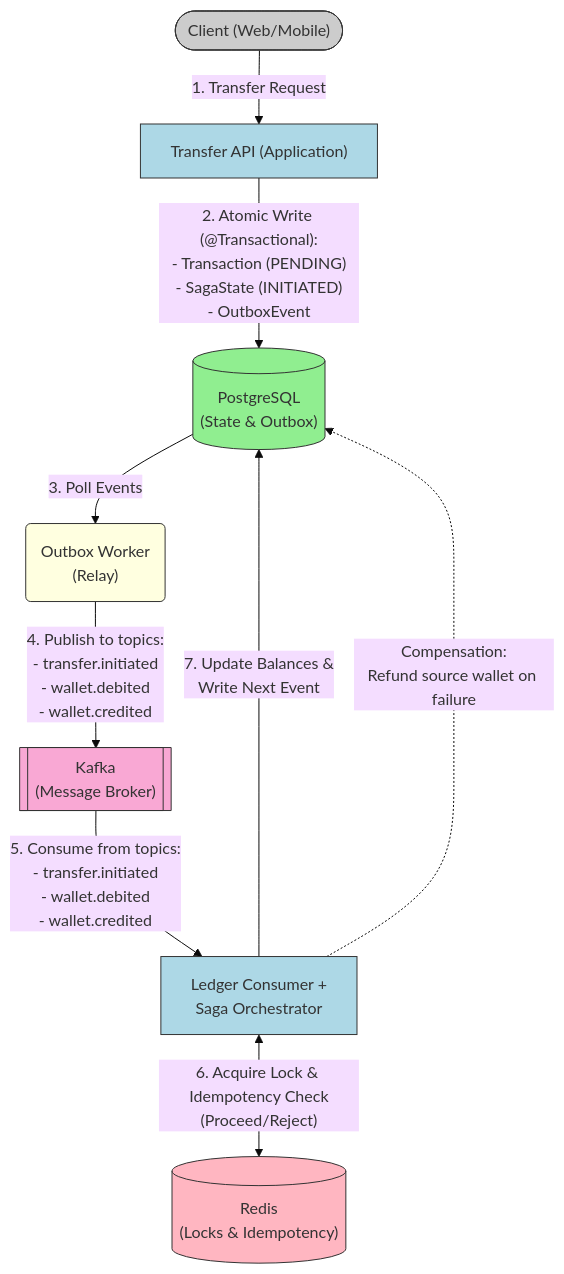
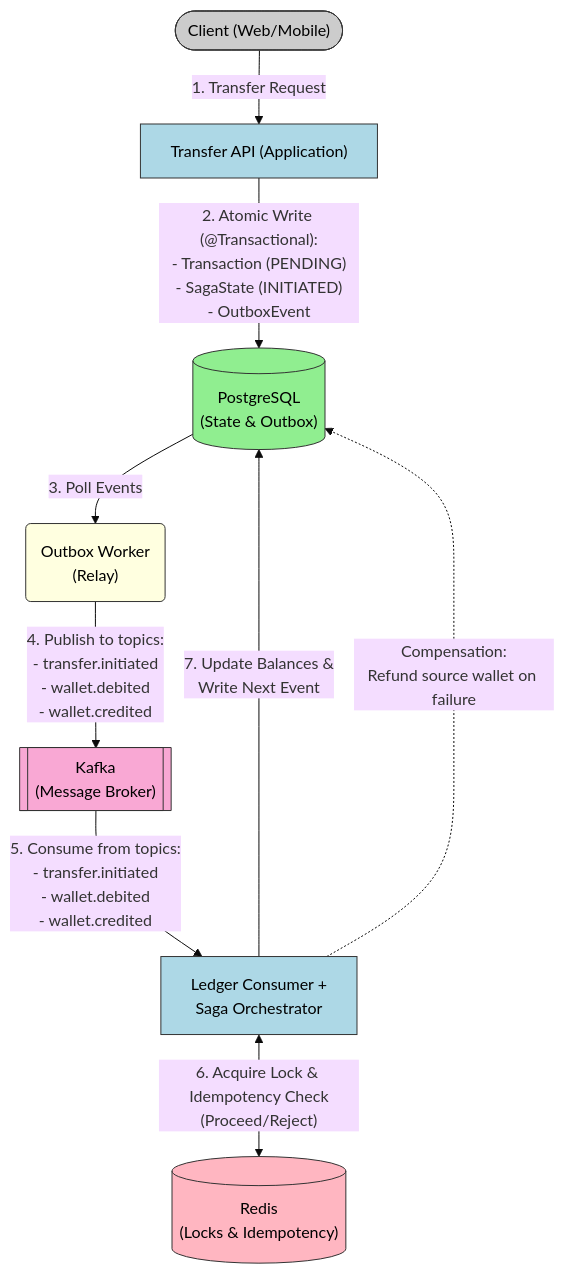
One commit to ayushcodes27/ledger-flow changed the diagram in README.md. Above: the diagram before and after it, drawn with Mermaid (base theme).

Commit message:
Fix Mermaid diagram text contrast/visibility

````diff
--- a/README.md
+++ b/README.md
@@ -7,19 +7,19 @@
 ```mermaid
 flowchart TD
     Client(["Client (Web/Mobile)"]) -->|"1. Transfer Request"| API["Transfer API (Application)"]
     API -->|"2. Atomic Write (@Transactional):\n- Transaction (PENDING)\n- SagaState (INITIATED)\n- OutboxEvent"| DB[("PostgreSQL\n(State & Outbox)")]
     DB -->|"3. Poll Events"| Relay("Outbox Worker\n(Relay)")
     Relay -->|"4. Publish to topics:\n- transfer.initiated\n- wallet.debited\n- wallet.credited"| Kafka[["Kafka\n(Message Broker)"]]
     Kafka -->|"5. Consume from topics:\n- transfer.initiated\n- wallet.debited\n- wallet.credited"| Consumer["Ledger Consumer +\nSaga Orchestrator"]
     Consumer <-->|"6. Acquire Lock & Idempotency Check\n(Proceed/Reject)"| Redis[("Redis\n(Locks & Idempotency)")]
     Consumer -->|"7. Update Balances &\nWrite Next Event"| DB
     Consumer -.->|"Compensation:\nRefund source wallet on failure"| DB
 
-    style Client fill:#ccc,stroke:#333
-    style API fill:#add8e6,stroke:#333
-    style DB fill:#90ee90,stroke:#333
-    style Relay fill:#ffffe0,stroke:#333
-    style Kafka fill:#f9a8d4,stroke:#333
-    style Consumer fill:#add8e6,stroke:#333
-    style Redis fill:#ffb6c1,stroke:#333
+    style Client fill:#ccc,stroke:#333,color:#000
+    style API fill:#add8e6,stroke:#333,color:#000
+    style DB fill:#90ee90,stroke:#333,color:#000
+    style Relay fill:#ffffe0,stroke:#333,color:#000
+    style Kafka fill:#f9a8d4,stroke:#333,color:#000
+    style Consumer fill:#add8e6,stroke:#333,color:#000
+    style Redis fill:#ffb6c1,stroke:#333,color:#000
 ```
````
